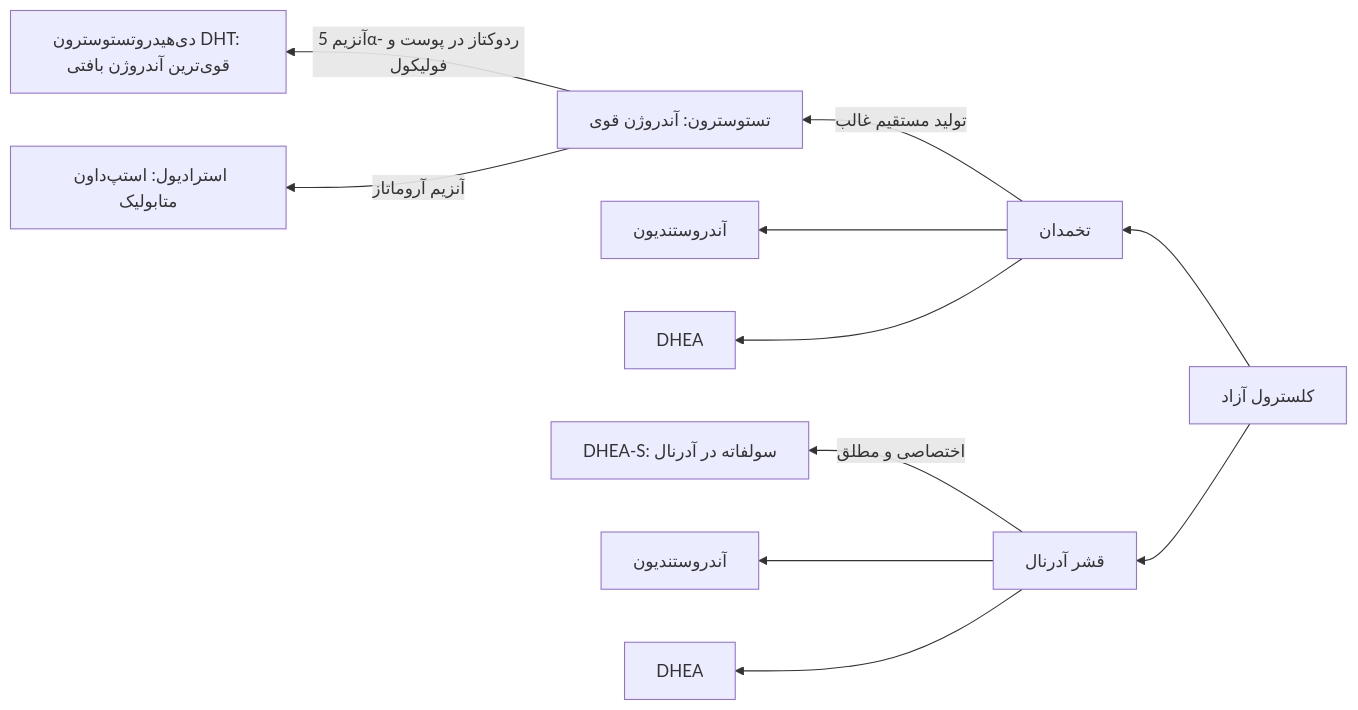
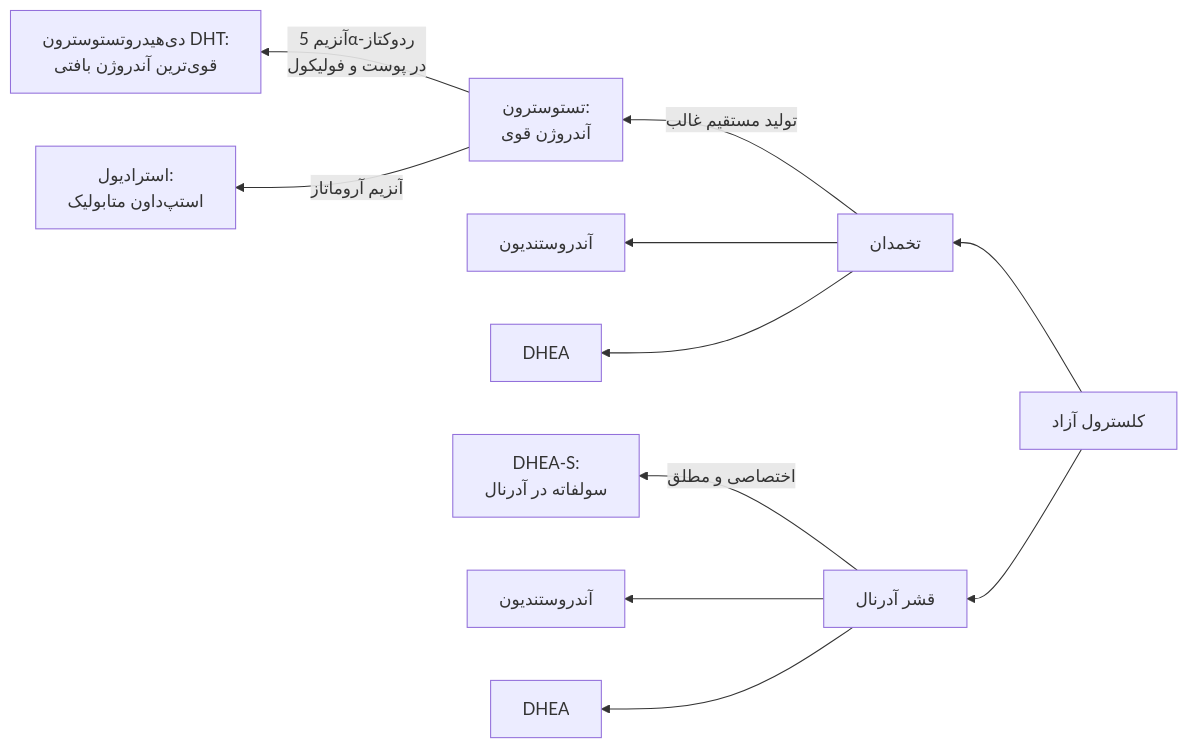
The second of 10 diagrams in 07/مبانی غدد/آمنوره و هیرسوتیسم.md (neopulse-hub/TUMS-1402-1-neo), drawn with Mermaid before and after one commit. The commit also changed other lines of this file, not shown here.

````diff
--- a/07/مبانی غدد/آمنوره و هیرسوتیسم.md
+++ b/07/مبانی غدد/آمنوره و هیرسوتیسم.md
@@ -39,16 +39,17 @@
 ```mermaid
 flowchart RL
-    Chol[کلسترول آزاد] --> Ovary[تخمدان]
-    Chol --> Adrenal[قشر آدرنال]
-    
-    Ovary -->|تولید مستقیم غالب| T[تستوسترون: آندروژن قوی]
-    Ovary --> A4_O[آندروستندیون]
-    Ovary --> DHEA_O[DHEA]
-    
-    Adrenal -->|اختصاصی و مطلق| DHEAS[DHEA-S: سولفاته در آدرنال]
-    Adrenal --> A4_A[آندروستندیون]
-    Adrenal --> DHEA_A[DHEA]
-    
-    T -->|آنزیم 5α-ردوکتاز در پوست و فولیکول| DHT[دی‌هیدروتستوسترون DHT: قوی‌ترین آندروژن بافتی]
-    T -->|آنزیم آروماتاز| E2[استرادیول: استپ‌داون متابولیک]
+
+Chol[کلسترول آزاد] --> Ovary[تخمدان]
+
+Chol --> Adrenal[قشر آدرنال]
+Ovary -->|تولید مستقیم غالب| T[تستوسترون:<br>آندروژن قوی]
+Ovary --> A4_O[آندروستندیون]
+Ovary --> DHEA_O[DHEA]
+
+Adrenal -->|اختصاصی و مطلق| DHEAS[DHEA-S:<br>سولفاته در آدرنال]
+Adrenal --> A4_A[آندروستندیون]
+Adrenal --> DHEA_A[DHEA]
+
+T -->|آنزیم 5α-ردوکتاز<br>در پوست و فولیکول| DHT[دی‌هیدروتستوسترون DHT:<br>قوی‌ترین آندروژن بافتی]
+T -->|آنزیم آروماتاز| E2[استرادیول:<br>استپ‌داون متابولیک]
 ```
````
